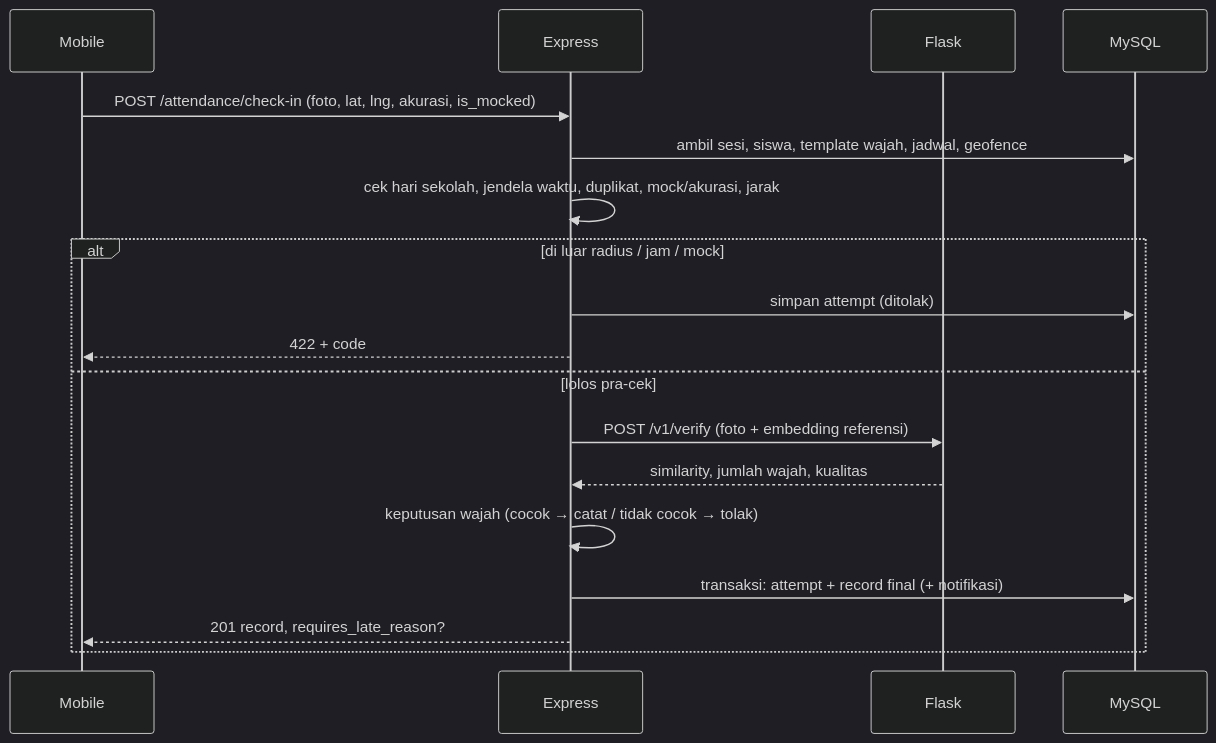
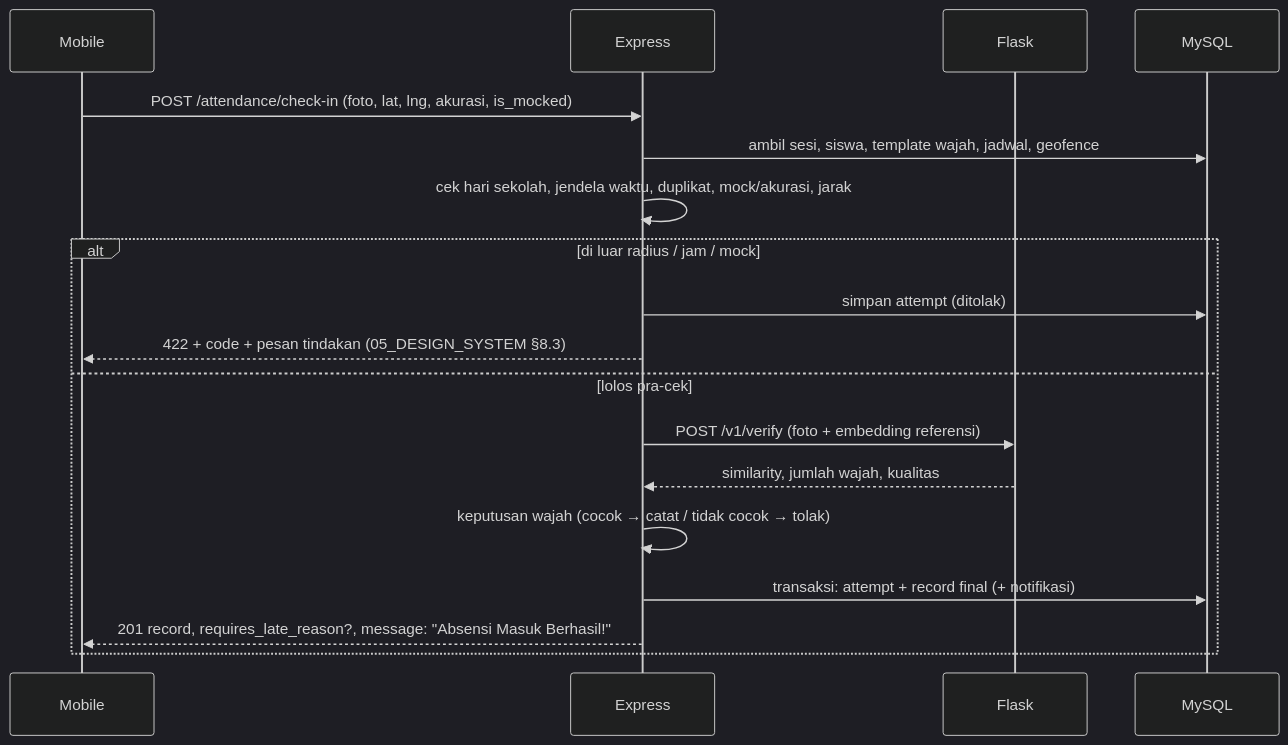
The second of 4 diagrams in requirements/04_TRD.md (BE-Mclass/BeMclass), drawn with Mermaid (dark theme) before and after one commit. The commit also changed other lines of this file and 73 other files, not shown here.

````diff
--- a/requirements/04_TRD.md
+++ b/requirements/04_TRD.md
@@ -56,20 +57,20 @@
 ```mermaid
 sequenceDiagram
   participant App as Mobile
   participant API as Express
   participant AI as Flask
   participant DB as MySQL
   App->>API: POST /attendance/check-in (foto, lat, lng, akurasi, is_mocked)
   API->>DB: ambil sesi, siswa, template wajah, jadwal, geofence
   API->>API: cek hari sekolah, jendela waktu, duplikat, mock/akurasi, jarak
   alt di luar radius / jam / mock
     API->>DB: simpan attempt (ditolak)
-    API-->>App: 422 + code
+    API-->>App: 422 + code + pesan tindakan (05_DESIGN_SYSTEM §8.3)
   else lolos pra-cek
     API->>AI: POST /v1/verify (foto + embedding referensi)
     AI-->>API: similarity, jumlah wajah, kualitas
     API->>API: keputusan wajah (cocok → catat / tidak cocok → tolak)
     API->>DB: transaksi: attempt + record final (+ notifikasi)
-    API-->>App: 201 record, requires_late_reason?
+    API-->>App: 201 record, requires_late_reason?, message: "Absensi Masuk Berhasil!"
   end
 ```
````
